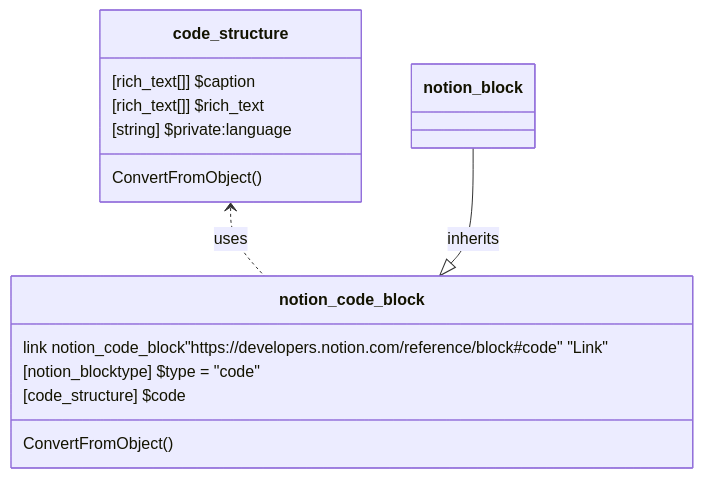
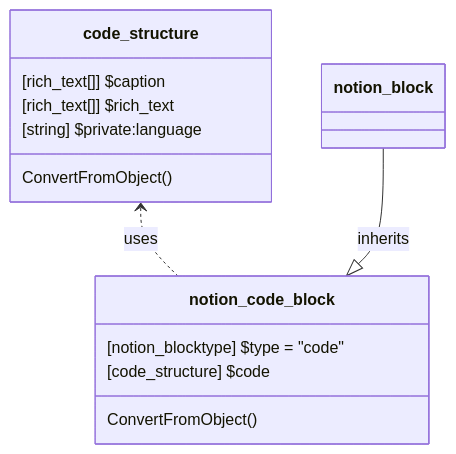
The diagram in source/WikiSource/Classes/Block/11_Code.md (fasteiner/Notion), drawn with Mermaid before and after one commit. The commit also changed 31 other files, not shown here.

Commit message:
fix: correct spelling of "Reference" in API documentation, heading dependency, removed unsuported link in mermaid

````diff
--- a/source/WikiSource/Classes/Block/11_Code.md
+++ b/source/WikiSource/Classes/Block/11_Code.md
@@ -5,18 +5,17 @@
 ```mermaid
 classDiagram
     class code_structure {
         [rich_text[]] $caption
         [rich_text[]] $rich_text
         [string] $private:language
         ConvertFromObject()
     }
 
     class notion_code_block {
-    link notion_code_block"https://developers.notion.com/reference/block#code" "Link"
         [notion_blocktype] $type = "code"
         [code_structure] $code
         ConvertFromObject()
     }
     `code_structure` <.. `notion_code_block`:uses
     `notion_block` --|> `notion_code_block`:inherits
 ```
````
